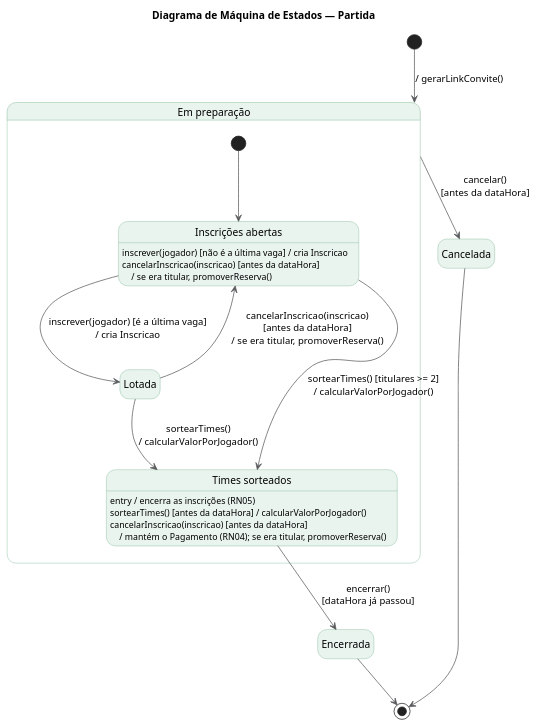
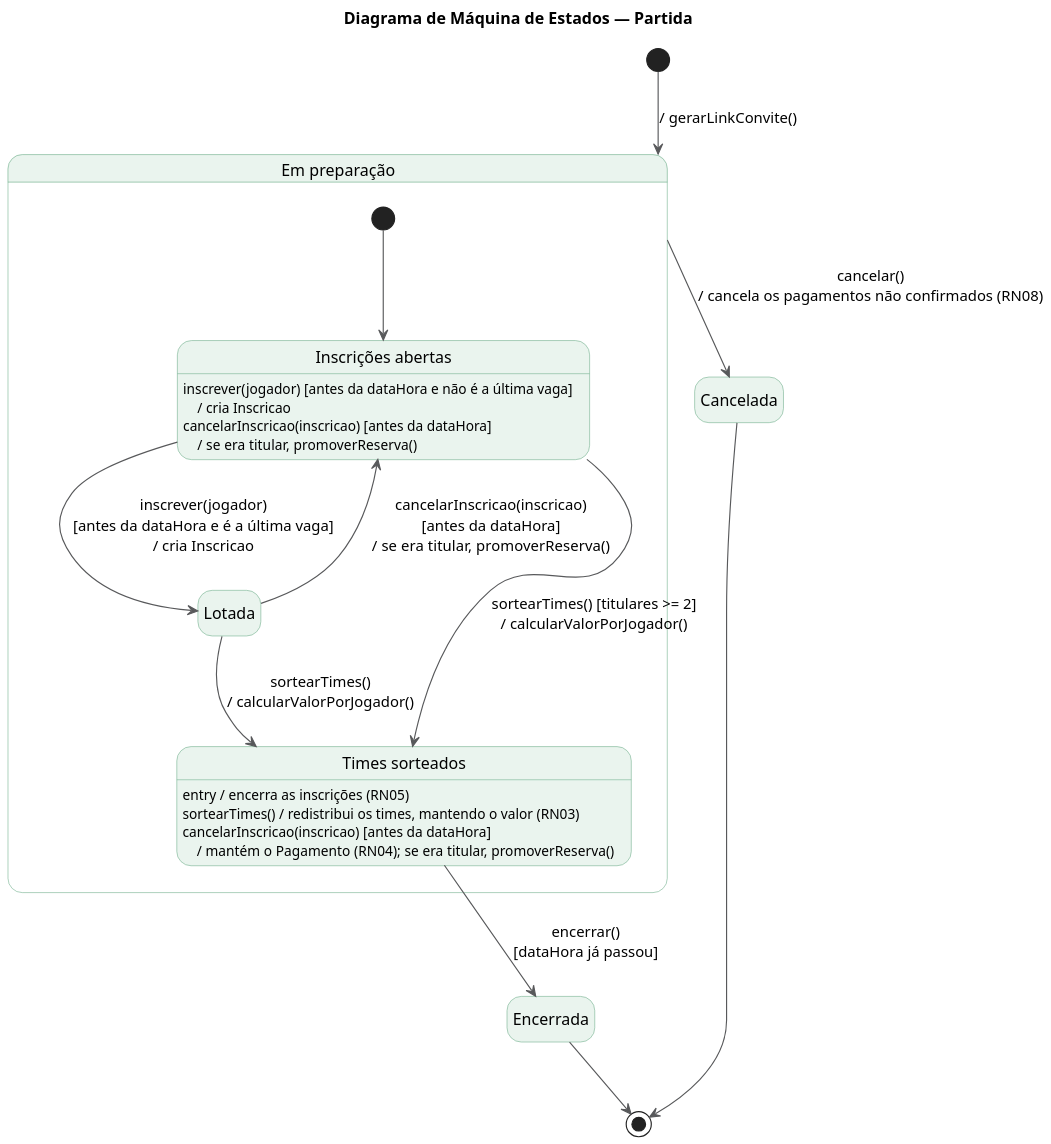
The diagram in diagramas/maquina_estados_partida.puml (VictorAndreon/Organizador-futebol-amador), drawn with PlantUML before and after one commit. The commit also changed 10 other files, not shown here.

```diff
--- a/diagramas/maquina_estados_partida.puml
+++ b/diagramas/maquina_estados_partida.puml
@@ -1,43 +1,44 @@
 @startuml maquina_estados_partida
 title Diagrama de Máquina de Estados — Partida
 
+skinparam dpi 150
 hide empty description
 skinparam ArrowColor #58595B
 skinparam state {
   BackgroundColor #EAF4EE
   BorderColor #6FAE8C
   StartColor #58595B
   EndColor #58595B
 }
 
 [*] --> Preparacao : / gerarLinkConvite()
 
 state "Em preparação" as Preparacao {
   state "Inscrições abertas" as Abertas
   state "Lotada" as Lotada
   state "Times sorteados" as Sorteados
 
-  Abertas : inscrever(jogador) [não é a última vaga] / cria Inscricao
+  Abertas : inscrever(jogador) [antes da dataHora e não é a última vaga]\n    / cria Inscricao
   Abertas : cancelarInscricao(inscricao) [antes da dataHora]\n    / se era titular, promoverReserva()
 
   Sorteados : entry / encerra as inscrições (RN05)
-  Sorteados : sortearTimes() [antes da dataHora] / calcularValorPorJogador()
+  Sorteados : sortearTimes() / redistribui os times, mantendo o valor (RN03)
   Sorteados : cancelarInscricao(inscricao) [antes da dataHora]\n    / mantém o Pagamento (RN04); se era titular, promoverReserva()
 
   [*] --> Abertas
-  Abertas --> Lotada : inscrever(jogador) [é a última vaga]\n/ cria Inscricao
+  Abertas --> Lotada : inscrever(jogador)\n[antes da dataHora e é a última vaga]\n/ cria Inscricao
   Lotada --> Abertas : cancelarInscricao(inscricao)\n[antes da dataHora]\n/ se era titular, promoverReserva()
   Abertas --> Sorteados : sortearTimes() [titulares >= 2]\n/ calcularValorPorJogador()
   Lotada --> Sorteados : sortearTimes()\n/ calcularValorPorJogador()
 }
 
 state "Encerrada" as Encerrada
 state "Cancelada" as Cancelada
 
 Sorteados --> Encerrada : encerrar()\n[dataHora já passou]
-Preparacao --> Cancelada : cancelar()\n[antes da dataHora]
+Preparacao --> Cancelada : cancelar()\n/ cancela os pagamentos não confirmados (RN08)
 
 Encerrada --> [*]
 Cancelada --> [*]
 
 @enduml
```
